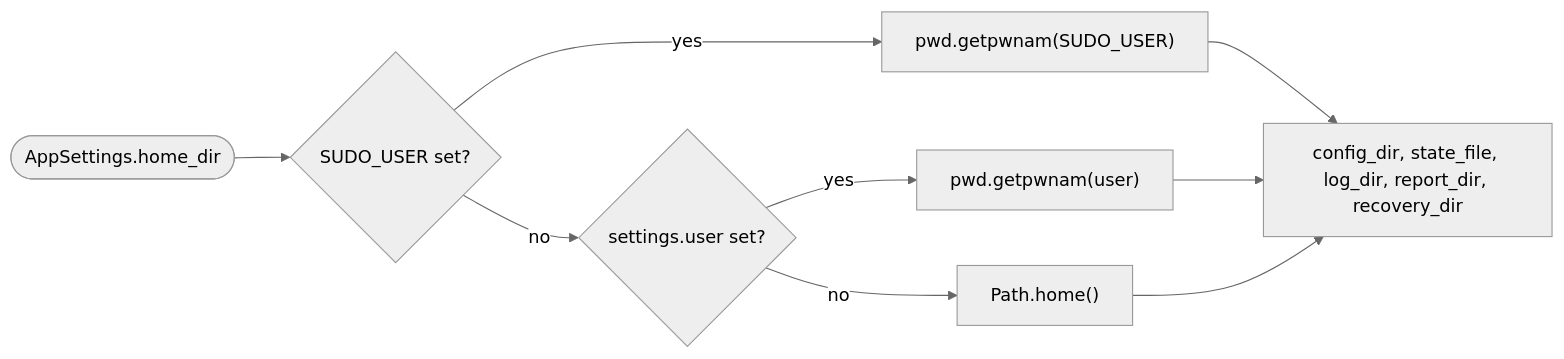
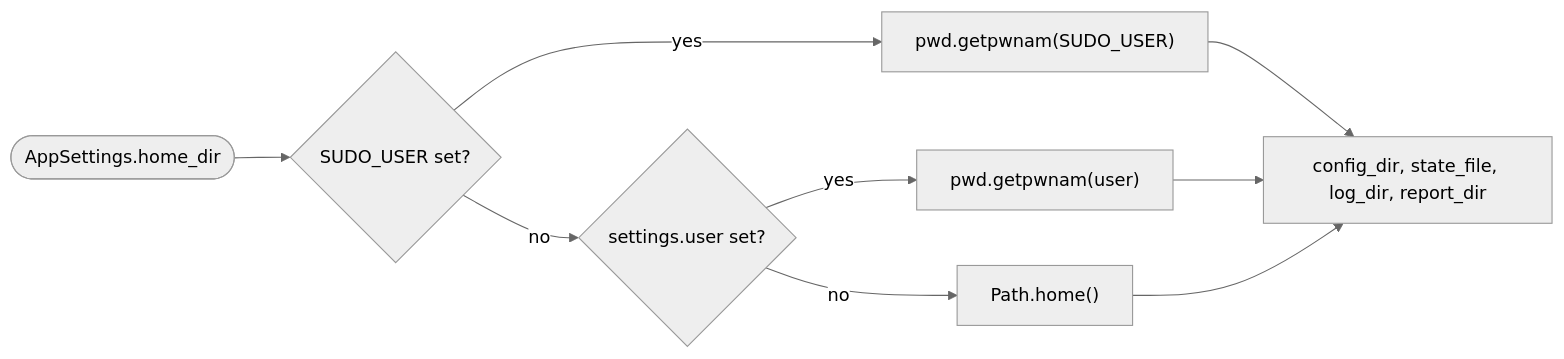
Before and after one commit to shayanmoosavi/archcare: the first of 2 diagrams in docs/architecture/configuration.md, drawn with Mermaid (neutral theme). The commit also changed other lines of this file and 21 other files, not shown here.

Commit message:
Revert "Refactor/architecture refinement"

````diff
--- a/docs/architecture/configuration.md
+++ b/docs/architecture/configuration.md
@@ -43,11 +41,11 @@
 ```mermaid
 flowchart LR
     A(["AppSettings.home_dir"]) --> B{"SUDO_USER set?"}
     B -- yes --> C["pwd.getpwnam(SUDO_USER)"]
     B -- no --> D{"settings.user set?"}
     D -- yes --> E["pwd.getpwnam(user)"]
     D -- no --> F["Path.home()"]
-    C --> G["config_dir, state_file, log_dir, report_dir, recovery_dir"]
+    C --> G["config_dir, state_file, log_dir, report_dir"]
     E --> G
     F --> G
 ```
````
